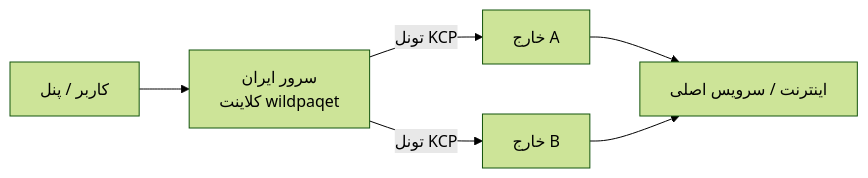
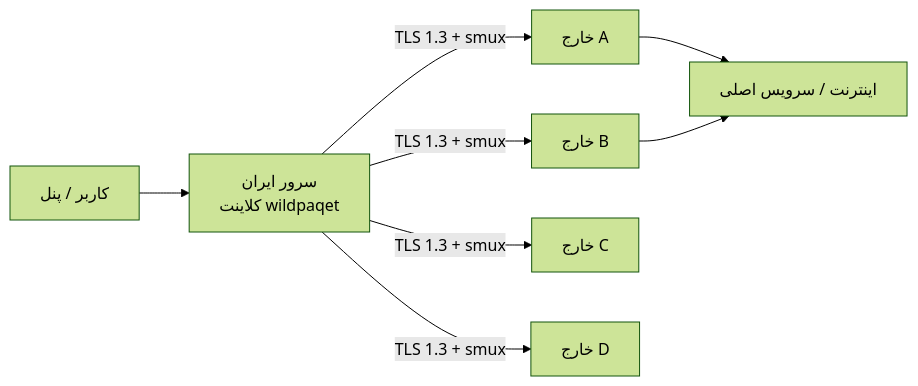
One commit to infowild/WildPaqet-Tunnel changed the diagram in README.fa.md. Above: the diagram before and after it, drawn with Mermaid (forest theme). The commit also changed other lines of this file and 28 other files, not shown here.

````diff
--- a/README.fa.md
+++ b/README.fa.md
@@ -56,8 +56,10 @@
 ```mermaid
 flowchart LR
   U[کاربر / پنل] --> IR[سرور ایران<br/>کلاینت wildpaqet]
-  IR -->|تونل KCP| KH1[خارج A]
-  IR -->|تونل KCP| KH2[خارج B]
+  IR -->|TLS 1.3 + smux| KH1[خارج A]
+  IR -->|TLS 1.3 + smux| KH2[خارج B]
+  IR -->|TLS 1.3 + smux| KH3[خارج C]
+  IR -->|TLS 1.3 + smux| KH4[خارج D]
   KH1 --> NET[اینترنت / سرویس اصلی]
   KH2 --> NET
 ```
````
